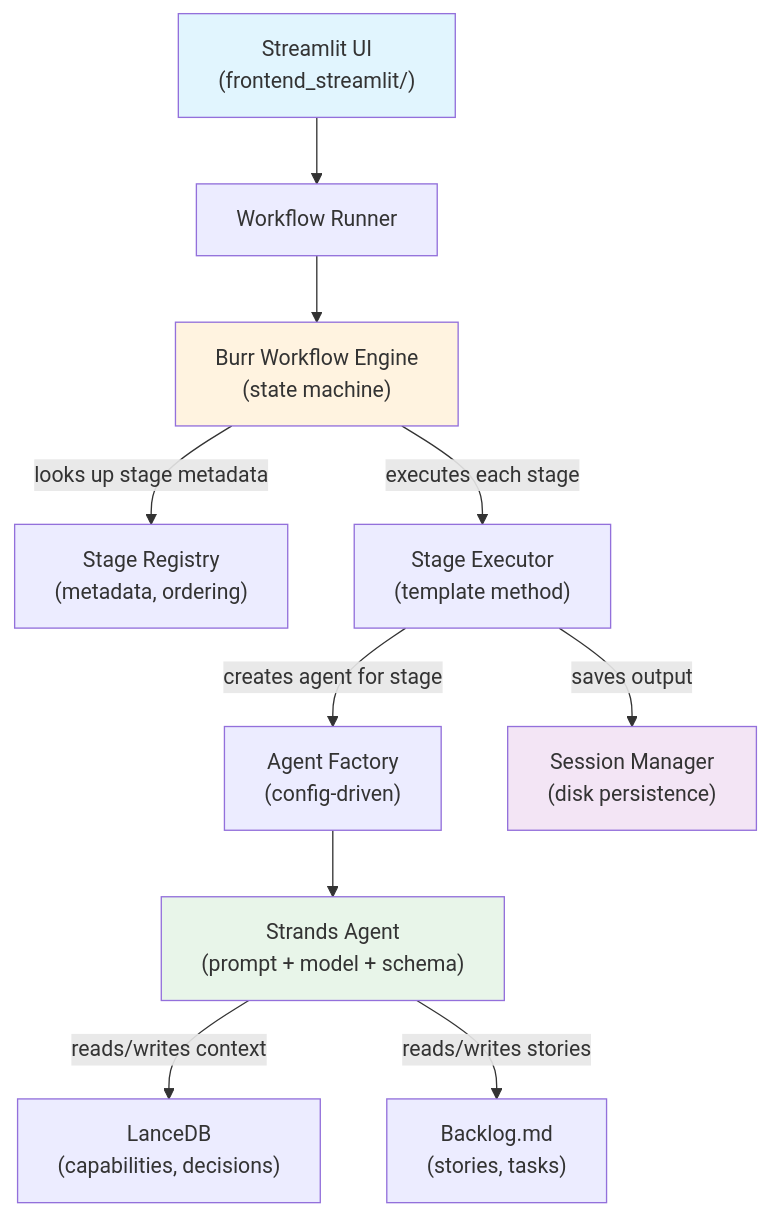
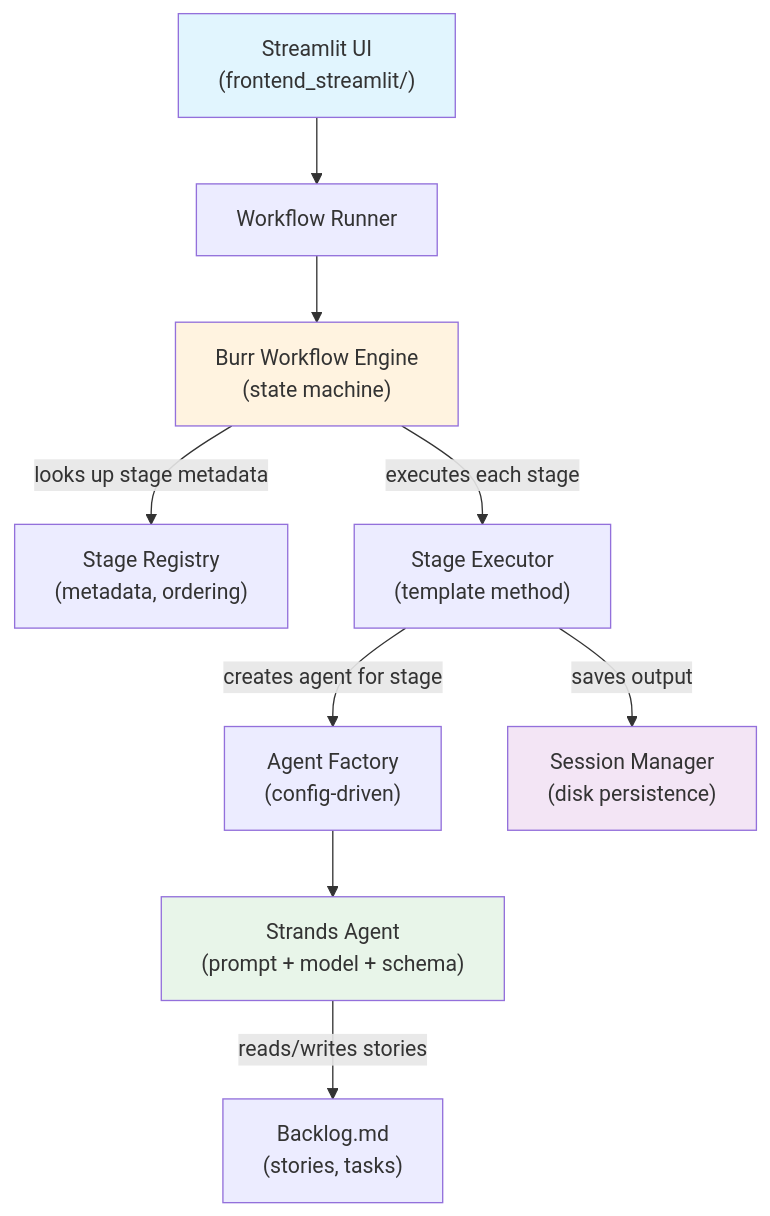
One commit to arslan70/haytham changed the second of 2 diagrams in docs/architecture/overview.md. Above: the diagram before and after it, drawn with Mermaid. The commit also changed other lines of this file and 3 other files, not shown here.

````diff
--- a/docs/architecture/overview.md
+++ b/docs/architecture/overview.md
@@ -46,28 +46,26 @@
 ```mermaid
 flowchart TD
     UI["Streamlit UI\n(frontend_streamlit/)"]
     Runner["Workflow Runner"]
     Burr["Burr Workflow Engine\n(state machine)"]
     Registry["Stage Registry\n(metadata, ordering)"]
     Executor["Stage Executor\n(template method)"]
     Factory["Agent Factory\n(config-driven)"]
     Agent["Strands Agent\n(prompt + model + schema)"]
     Session["Session Manager\n(disk persistence)"]
-    VectorDB["LanceDB\n(capabilities, decisions)"]
     Backlog["Backlog.md\n(stories, tasks)"]
 
     UI --> Runner
     Runner --> Burr
     Burr -->|"looks up stage metadata"| Registry
     Burr -->|"executes each stage"| Executor
     Executor -->|"creates agent for stage"| Factory
     Factory --> Agent
     Executor -->|"saves output"| Session
-    Agent -->|"reads/writes context"| VectorDB
     Agent -->|"reads/writes stories"| Backlog
 
     style UI fill:#e1f5fe
     style Burr fill:#fff3e0
     style Agent fill:#e8f5e9
     style Session fill:#f3e5f5
 ```
````
